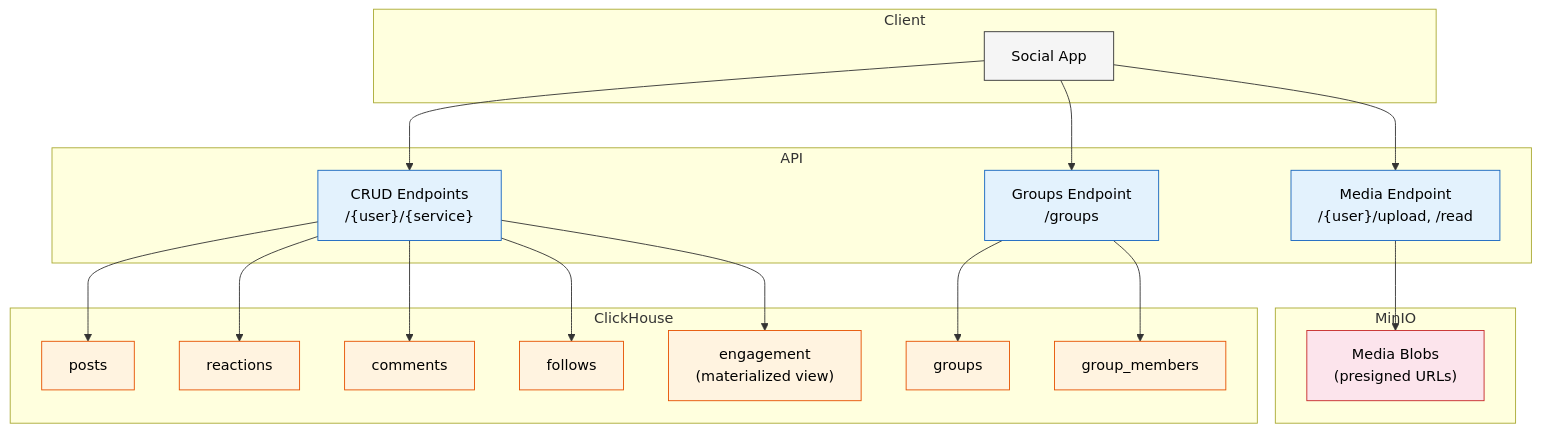
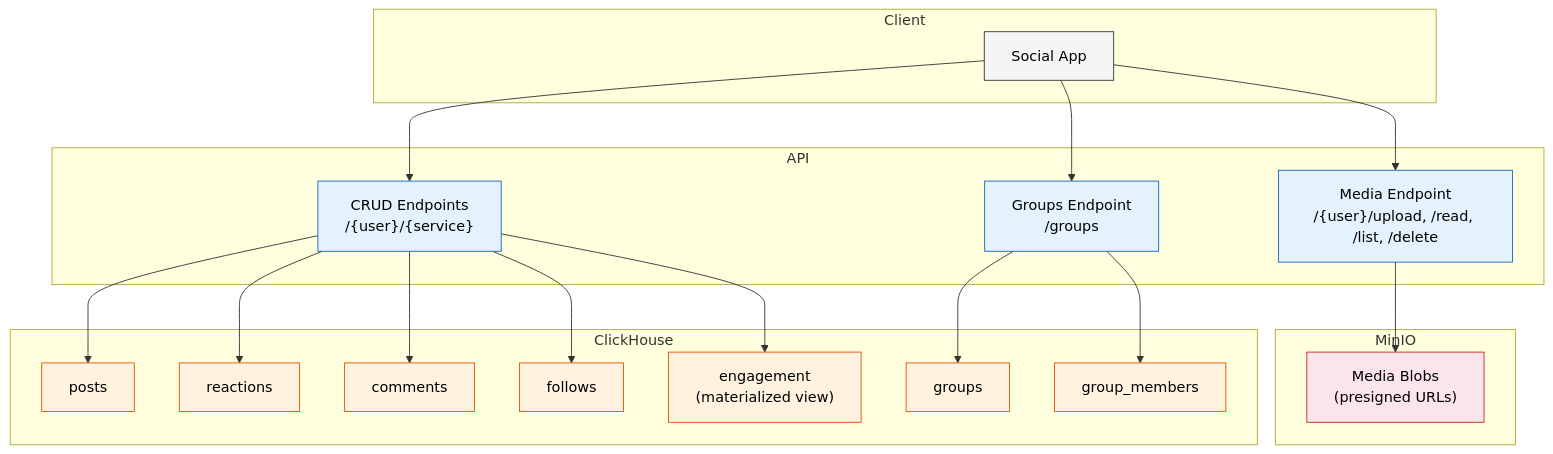
The first of 7 diagrams in knowledge/knowledge-base/web10-v3/overview.md (jacoby149/web10), drawn with Mermaid before and after one commit. The commit also changed other lines of this file, not shown here.

Commit message:
fix: add media delete/list endpoints, update 'What Stays' section

````diff
--- a/knowledge/knowledge-base/web10-v3/overview.md
+++ b/knowledge/knowledge-base/web10-v3/overview.md
@@ -24,51 +24,51 @@
 ```mermaid
 graph TB
     subgraph Client
         App["Social App"]
     end
 
     subgraph API
         CRUD["CRUD Endpoints\n/{user}/{service}"]
         Groups["Groups Endpoint\n/groups"]
-        Media["Media Endpoint\n/{user}/upload, /read"]
+        Media["Media Endpoint\n/{user}/upload, /read, /list, /delete"]
     end
 
     subgraph ClickHouse
         Posts["posts"]
         Reactions["reactions"]
         Comments["comments"]
         Follows["follows"]
         GroupsTable["groups"]
         GroupMembers["group_members"]
         Engagement["engagement\n(materialized view)"]
     end
 
     subgraph MinIO
         Blobs["Media Blobs\n(presigned URLs)"]
     end
 
     App --> CRUD
     App --> Groups
     App --> Media
     CRUD --> Posts
     CRUD --> Reactions
     CRUD --> Comments
     CRUD --> Follows
     CRUD --> Engagement
     Groups --> GroupsTable
     Groups --> GroupMembers
     Media --> Blobs
 
     style App fill:#f5f5f5,stroke:#333,color:#000
     style CRUD fill:#e3f2fd,stroke:#1565c0,color:#000
     style Groups fill:#e3f2fd,stroke:#1565c0,color:#000
     style Media fill:#e3f2fd,stroke:#1565c0,color:#000
     style Posts fill:#fff3e0,stroke:#e65100,color:#000
     style Reactions fill:#fff3e0,stroke:#e65100,color:#000
     style Comments fill:#fff3e0,stroke:#e65100,color:#000
     style Follows fill:#fff3e0,stroke:#e65100,color:#000
     style GroupsTable fill:#fff3e0,stroke:#e65100,color:#000
     style GroupMembers fill:#fff3e0,stroke:#e65100,color:#000
     style Engagement fill:#fff3e0,stroke:#e65100,color:#000
     style Blobs fill:#fce4ec,stroke:#c62828,color:#000
 ```
````
